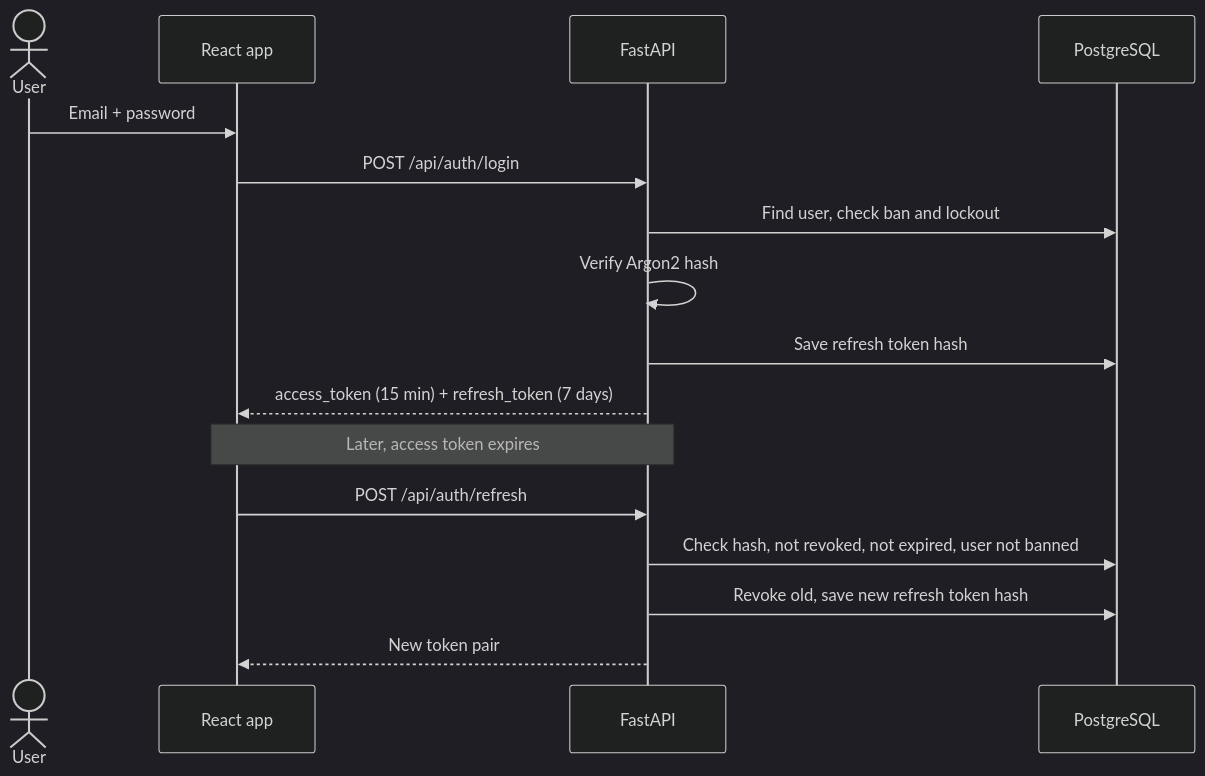
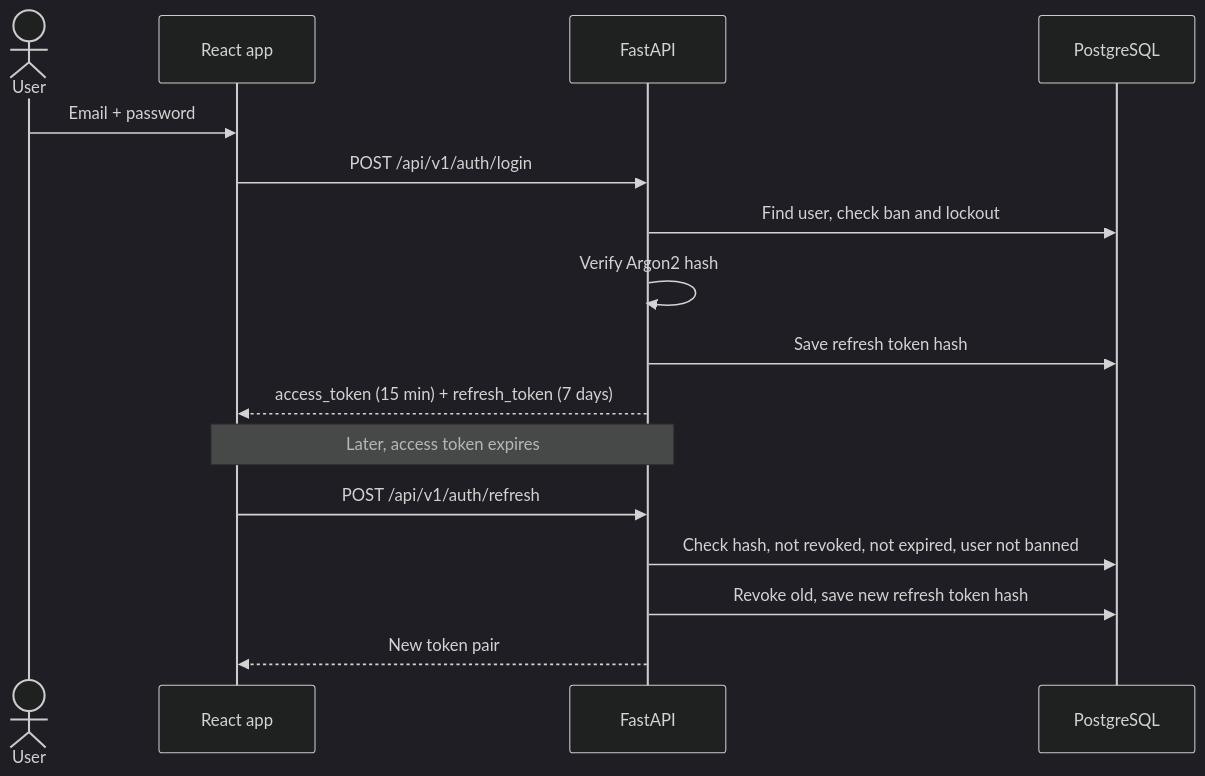
The fourth of 6 diagrams in docs/03-tdd.md (zarints05/2311933-S5-BoxBrain), drawn with Mermaid (dark theme) before and after one commit. The commit also changed other lines of this file and 9 other files, not shown here.

````diff
--- a/docs/03-tdd.md
+++ b/docs/03-tdd.md
@@ -91,18 +147,18 @@
 ```mermaid
 sequenceDiagram
     actor U as User
     participant UI as React app
     participant API as FastAPI
     participant DB as PostgreSQL
     U->>UI: Email + password
-    UI->>API: POST /api/auth/login
+    UI->>API: POST /api/v1/auth/login
     API->>DB: Find user, check ban and lockout
     API->>API: Verify Argon2 hash
     API->>DB: Save refresh token hash
     API-->>UI: access_token (15 min) + refresh_token (7 days)
     Note over UI,API: Later, access token expires
-    UI->>API: POST /api/auth/refresh
+    UI->>API: POST /api/v1/auth/refresh
     API->>DB: Check hash, not revoked, not expired, user not banned
     API->>DB: Revoke old, save new refresh token hash
     API-->>UI: New token pair
 ```
````
